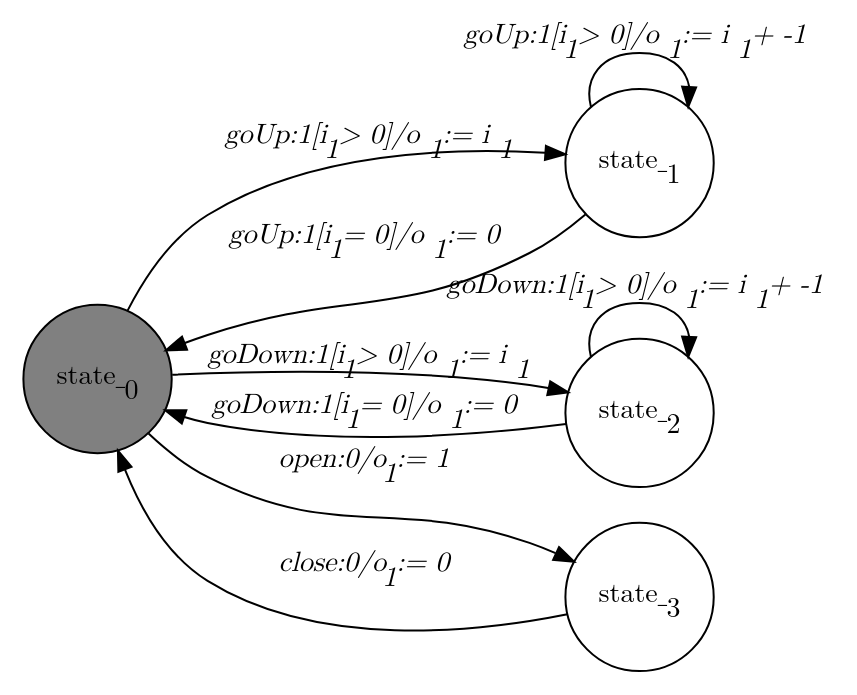
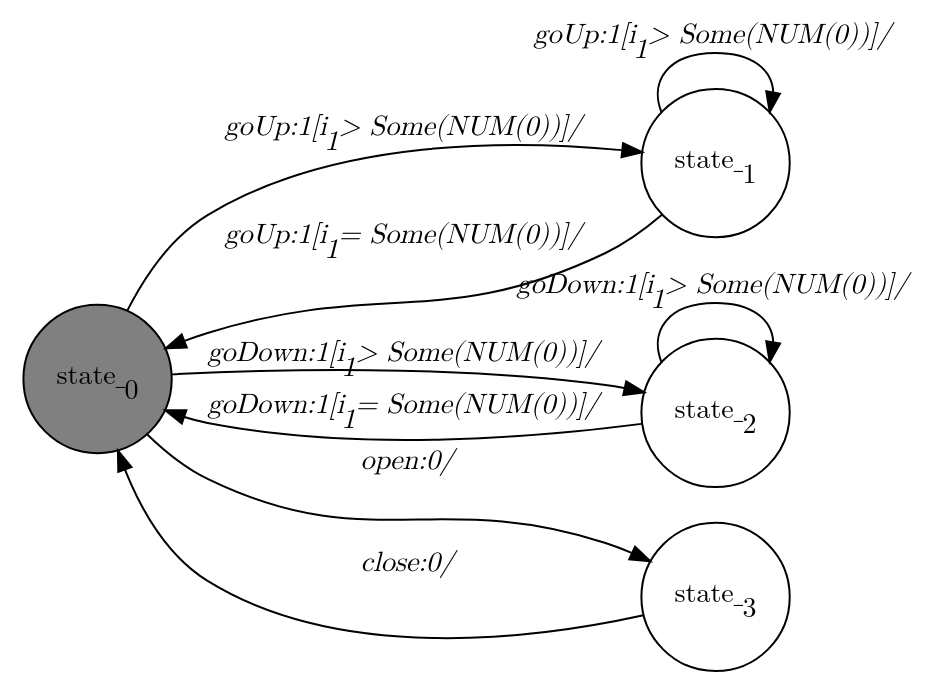
Before and after one commit to jmafoster1/efsm-sal: the diagram in dotfiles/Lift.dot, drawn with Graphviz. The commit also changed 14 other files, not shown here.

```diff
--- a/dotfiles/Lift.dot
+++ b/dotfiles/Lift.dot
@@ -1,19 +1,19 @@
 digraph Lift{
    graph [rankdir="LR", fontname="Latin Modern Math"];
    node [color="black", fillcolor="white", shape="circle", style="filled", fontname="Latin Modern Math"];
    edge [fontname="Latin Modern Math"];
 
    State_0[fillcolor="gray", label=<state_<sub>0</sub>>];
    State_1[label=<state_<sub>1</sub>>];
    State_2[label=<state_<sub>2</sub>>];
    State_3[label=<state_<sub>3</sub>>];
 
-   State_0->State_1[label=<<i>goUp:1&#91;i<sub>1</sub> &gt; 0&#93;/o<sub>1</sub> := i<sub>1</sub></i>>];
-   State_1->State_1[label=<<i>goUp:1&#91;i<sub>1</sub> &gt; 0&#93;/o<sub>1</sub> := i<sub>1</sub> + -1</i>>];
-   State_1->State_0[label=<<i>goUp:1&#91;i<sub>1</sub> = 0&#93;/o<sub>1</sub> := 0</i>>];
-   State_0->State_2[label=<<i>goDown:1&#91;i<sub>1</sub> &gt; 0&#93;/o<sub>1</sub> := i<sub>1</sub></i>>];
-   State_2->State_2[label=<<i>goDown:1&#91;i<sub>1</sub> &gt; 0&#93;/o<sub>1</sub> := i<sub>1</sub> + -1</i>>];
-   State_2->State_0[label=<<i>goDown:1&#91;i<sub>1</sub> = 0&#93;/o<sub>1</sub> := 0</i>>];
-   State_0->State_3[label=<<i>open:0/o<sub>1</sub> := 1</i>>];
-   State_3->State_0[label=<<i>close:0/o<sub>1</sub> := 0</i>>];
+   State_0->State_1[label=<<i>goUp:1&#91;i<sub>1</sub> &gt; Some(NUM(0))&#93;/</i>>];
+   State_1->State_1[label=<<i>goUp:1&#91;i<sub>1</sub> &gt; Some(NUM(0))&#93;/</i>>];
+   State_1->State_0[label=<<i>goUp:1&#91;i<sub>1</sub> = Some(NUM(0))&#93;/</i>>];
+   State_0->State_2[label=<<i>goDown:1&#91;i<sub>1</sub> &gt; Some(NUM(0))&#93;/</i>>];
+   State_2->State_2[label=<<i>goDown:1&#91;i<sub>1</sub> &gt; Some(NUM(0))&#93;/</i>>];
+   State_2->State_0[label=<<i>goDown:1&#91;i<sub>1</sub> = Some(NUM(0))&#93;/</i>>];
+   State_0->State_3[label=<<i>open:0/</i>>];
+   State_3->State_0[label=<<i>close:0/</i>>];
 }
```
